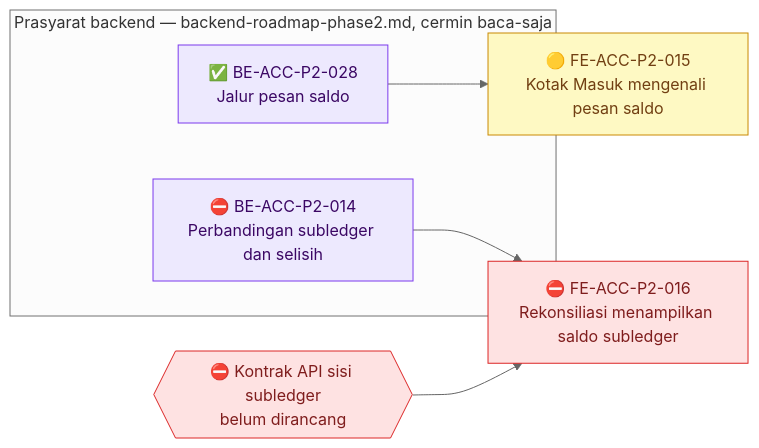
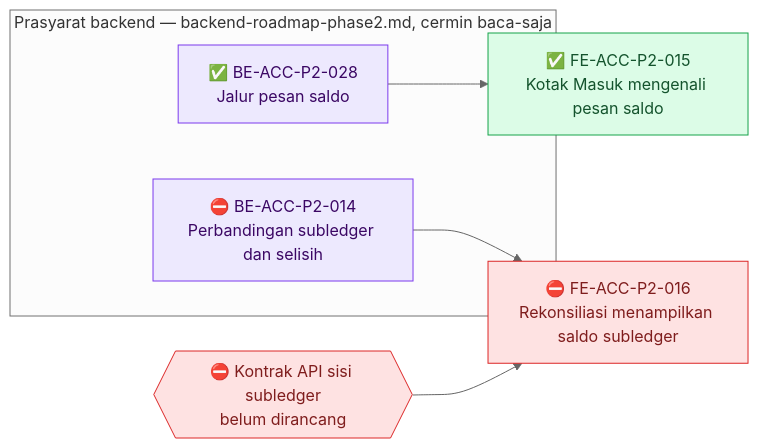
Before and after one commit to DevBenari/NewQuilvianSystemBackend: the sixth of 6 diagrams in docs/module-blueprints/accounting/roadmap/frontend-roadmap-phase2.md, drawn with Mermaid (neutral theme). The commit also changed other lines of this file and 3 other files, not shown here.

Commit message:
docs(accounting): FE-ACC-P2-015 selesai, build frontend berhasil

````diff
--- a/docs/module-blueprints/accounting/roadmap/frontend-roadmap-phase2.md
+++ b/docs/module-blueprints/accounting/roadmap/frontend-roadmap-phase2.md
@@ -574,22 +574,22 @@
 ```mermaid
 flowchart LR
     classDef selesai fill:#DCFCE7,stroke:#16A34A,color:#14532D
     classDef sebagian fill:#FEF9C3,stroke:#CA8A04,color:#713F12
     classDef terblokir fill:#FEE2E2,stroke:#DC2626,color:#7F1D1D
     classDef belum fill:#F1F5F9,stroke:#64748B,color:#0F172A
     classDef luar fill:#EDE9FE,stroke:#7C3AED,color:#3B0764
 
     subgraph backend["Prasyarat backend — backend-roadmap-phase2.md, cermin baca-saja"]
         BBEACCP2028["✅ BE-ACC-P2-028<br/>Jalur pesan saldo"]:::luar
         BBEACCP2014["⛔ BE-ACC-P2-014<br/>Perbandingan subledger dan selisih"]:::luar
     end
 
     GKONTRAK{{"⛔ Kontrak API sisi subledger<br/>belum dirancang"}}:::terblokir
 
-    FEACCP2015["🟡 FE-ACC-P2-015<br/>Kotak Masuk mengenali pesan saldo"]:::sebagian
+    FEACCP2015["✅ FE-ACC-P2-015<br/>Kotak Masuk mengenali pesan saldo"]:::selesai
     FEACCP2016["⛔ FE-ACC-P2-016<br/>Rekonsiliasi menampilkan saldo subledger"]:::terblokir
 
     BBEACCP2028 --> FEACCP2015
     BBEACCP2014 --> FEACCP2016
     GKONTRAK --> FEACCP2016
 ```
````
